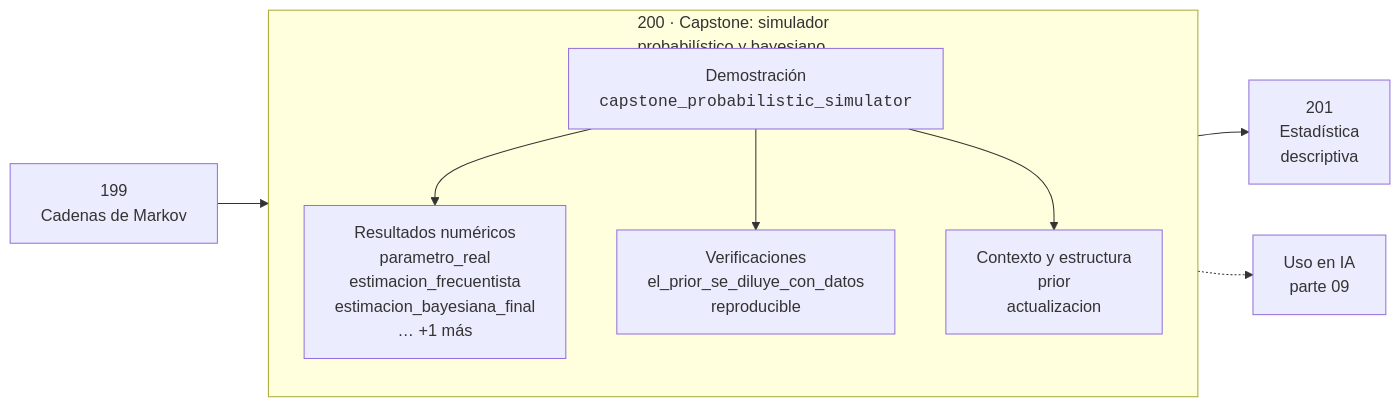
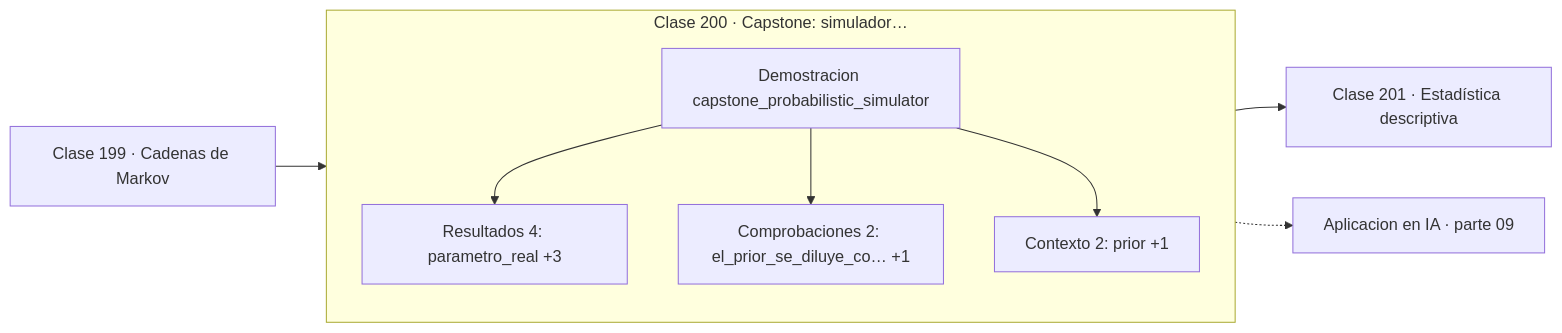
One commit to vladimiracunadev-create/computational-mathematics-program changed the diagram in classes/part-09-probabilidad-y-procesos-aleatorios/200-capstone-simulador-probabilistico-y-bayesiano/README.md. Above: the diagram before and after it, drawn with Mermaid. The commit also changed 389 other files, not shown here.

First line of the commit message:
fix(diagramas): elimina el HTML de las etiquetas Mermaid

````diff
--- a/classes/part-09-probabilidad-y-procesos-aleatorios/200-capstone-simulador-probabilistico-y-bayesiano/README.md
+++ b/classes/part-09-probabilidad-y-procesos-aleatorios/200-capstone-simulador-probabilistico-y-bayesiano/README.md
@@ -30,12 +30,13 @@
 ```mermaid
 flowchart LR
-    P["199<br/>Cadenas de Markov"] --> C
-    subgraph C["200 · Capstone: simulador<br/>probabilístico y bayesiano"]
+    P["Clase 199 · Cadenas de Markov"] --> D
+    subgraph CLASE["Clase 200 · Capstone: simulador…"]
         direction TB
-        D["Demostración<br/><code>capstone_probabilistic_simulator</code>"] --> R["Resultados numéricos<br/>parametro_real<br/>estimacion_frecuentista<br/>estimacion_bayesiana_final<br/>… +1 más"]
-        D --> V["Verificaciones<br/>el_prior_se_diluye_con_datos<br/>reproducible"]
-        D --> O["Contexto y estructura<br/>prior<br/>actualizacion"]
+        D["Demostracion capstone_probabilistic_simulator"]
+        D --> R["Resultados 4: parametro_real +3"]
+        D --> V["Comprobaciones 2: el_prior_se_diluye_co… +1"]
+        D --> O["Contexto 2: prior +1"]
     end
-    C --> N["201<br/>Estadística<br/>descriptiva"]
-    C -.-> IA["Uso en IA<br/>parte 09"]
+    R --> N["Clase 201 · Estadística descriptiva"]
+    V -.-> IA["Aplicacion en IA · parte 09"]
 ```
````
